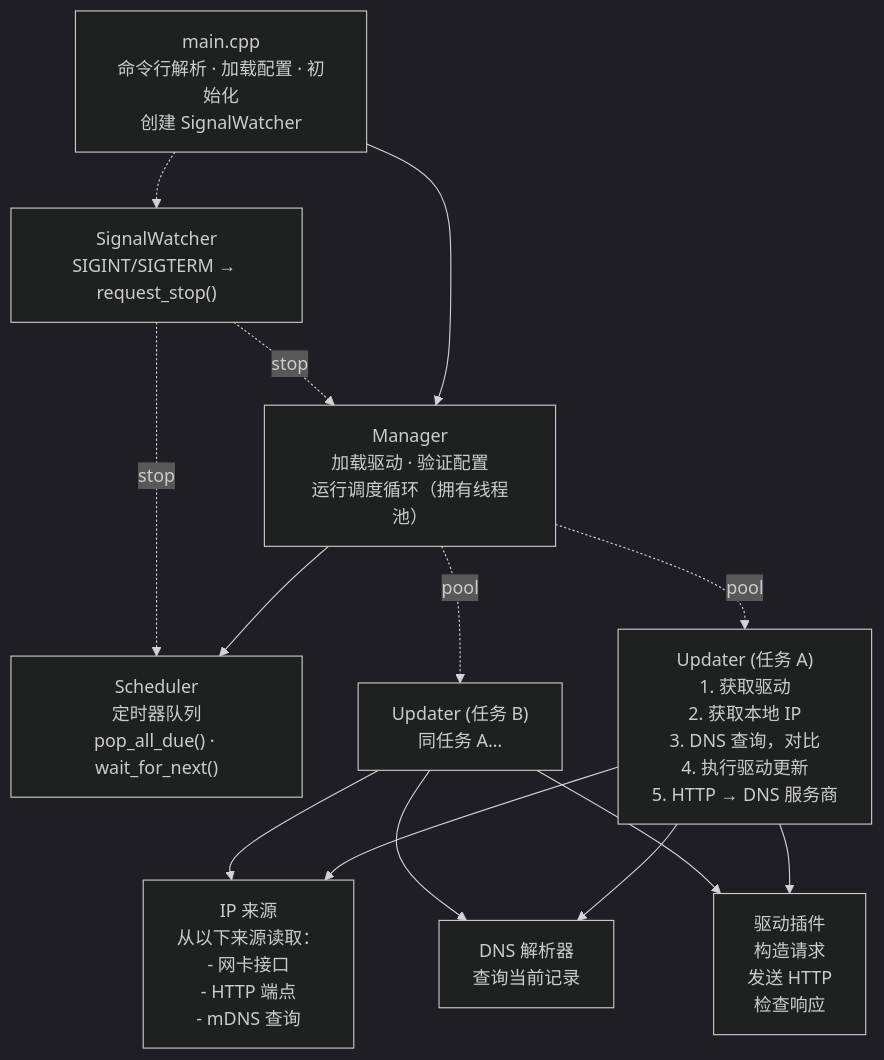
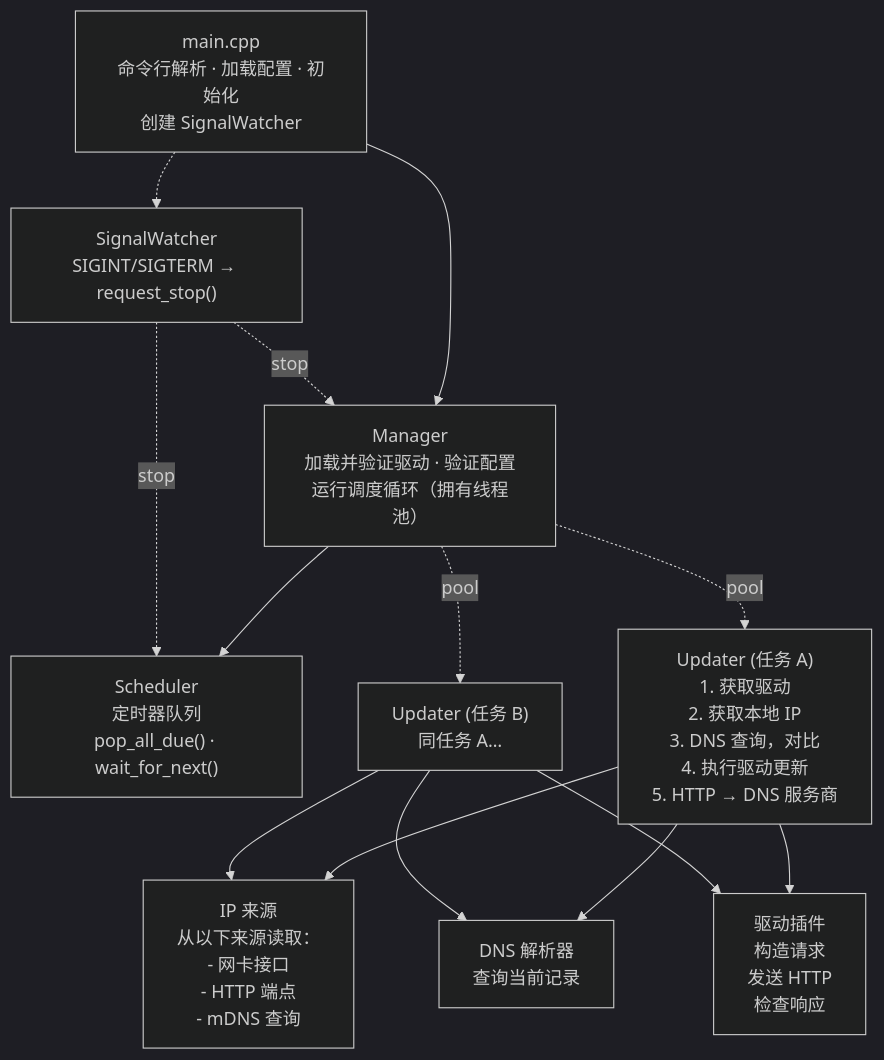
Before and after one commit to CyberKoo/yaddnsc: the diagram in README_CN.md, drawn with Mermaid (dark theme). The commit also changed other lines of this file and 5 other files, not shown here.

````diff
--- a/README_CN.md
+++ b/README_CN.md
@@ -38,47 +40,47 @@
 ```mermaid
 flowchart TB
     main["main.cpp
 命令行解析 · 加载配置 · 初始化
 创建 SignalWatcher"]
     mgr["Manager
-加载驱动 · 验证配置
+加载并验证驱动 · 验证配置
 运行调度循环（拥有线程池）"]
     sched["Scheduler
 定时器队列
 pop_all_due() · wait_for_next()"]
     watcher["SignalWatcher
 SIGINT/SIGTERM → request_stop()"]
     updaterA["Updater (任务 A)
 1. 获取驱动
 2. 获取本地 IP
 3. DNS 查询，对比
 4. 执行驱动更新
 5. HTTP → DNS 服务商"]
     updaterB["Updater (任务 B)
 同任务 A…"]
     ip["IP 来源
 从以下来源读取：
 - 网卡接口
 - HTTP 端点
 - mDNS 查询"]
     dns["DNS 解析器
 查询当前记录"]
     driver["驱动插件
 构造请求
 发送 HTTP
 检查响应"]
 
     main --> mgr
     main -.-> watcher
     mgr --> sched
     mgr -.->|pool| updaterA
     mgr -.->|pool| updaterB
     watcher -.->|stop| mgr
     watcher -.->|stop| sched
     updaterA --> ip
     updaterA --> dns
     updaterA --> driver
     updaterB --> ip
     updaterB --> dns
     updaterB --> driver
 ```
````
